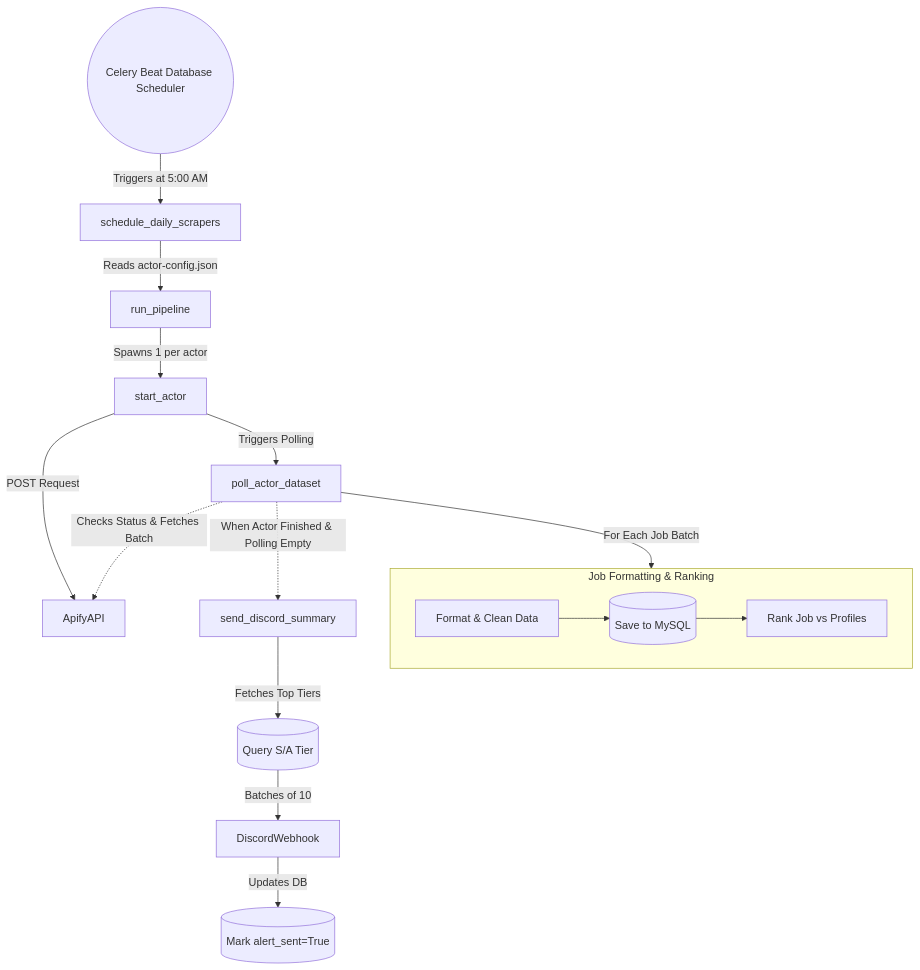
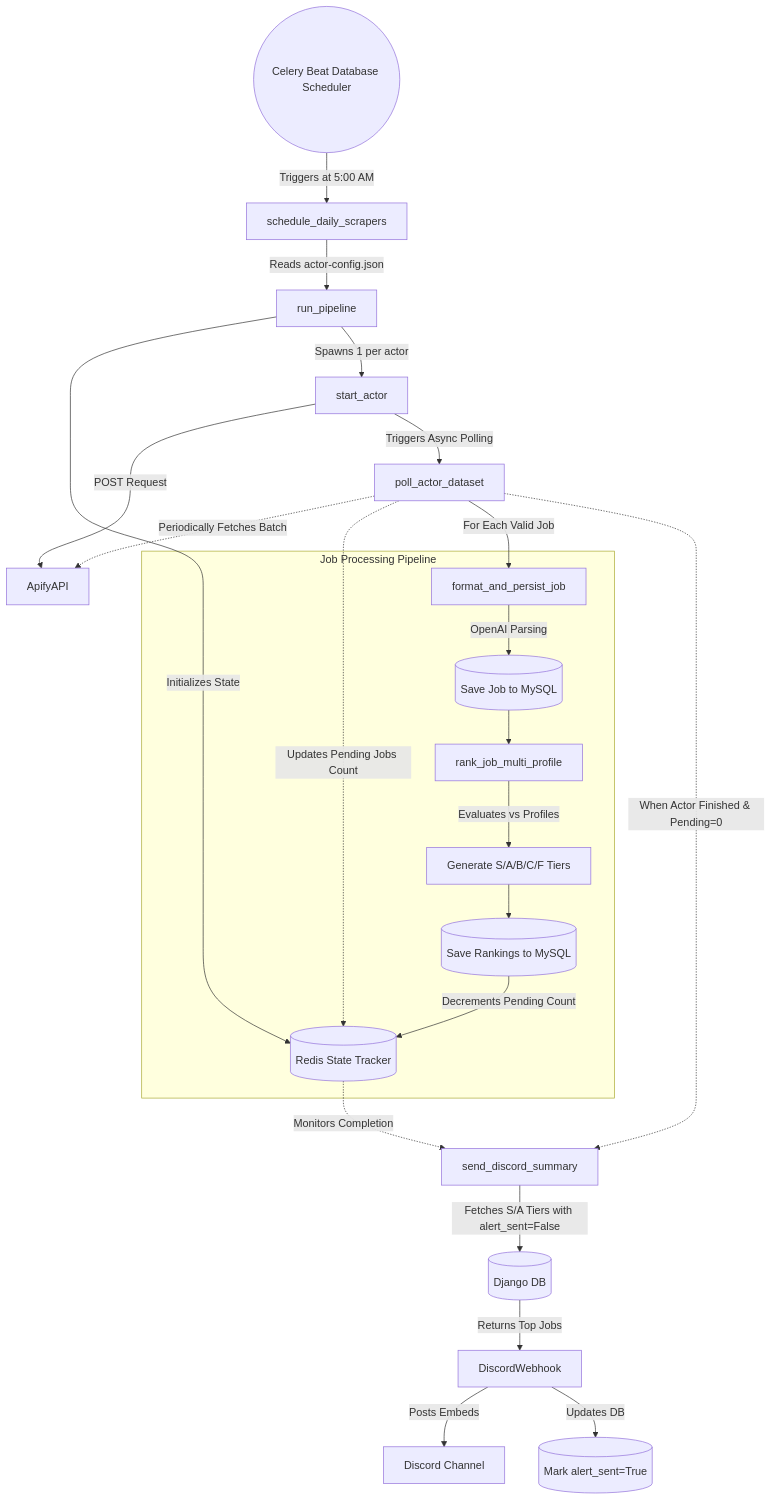
One commit to deep-astaad/job-hunt changed the diagram in README.md. Above: the diagram before and after it, drawn with Mermaid. The commit also changed other lines of this file, not shown here.

Commit message:
docs: update pipeline architecture diagram and flow description to include Redis state tracking and revised job processing steps

````diff
--- a/README.md
+++ b/README.md
@@ -29,26 +29,33 @@
 ```mermaid
 graph TD
     Beat((Celery Beat Database Scheduler)) -->|Triggers at 5:00 AM| schedule_daily_scrapers
     
     schedule_daily_scrapers -->|Reads actor-config.json| run_pipeline
     
+    run_pipeline -->|Initializes State| Redis[(Redis State Tracker)]
     run_pipeline -->|Spawns 1 per actor| start_actor
     
     start_actor -->|POST Request| ApifyAPI
-    start_actor -->|Triggers Polling| poll_actor_dataset
+    start_actor -->|Triggers Async Polling| poll_actor_dataset
     
-    poll_actor_dataset -.->|Checks Status & Fetches Batch| ApifyAPI
+    poll_actor_dataset -.->|Periodically Fetches Batch| ApifyAPI
+    poll_actor_dataset -.->|Updates Pending Jobs Count| Redis
     
-    poll_actor_dataset -->|For Each Job Batch| ProcessingChain
+    poll_actor_dataset -->|For Each Valid Job| FormatChain
     
-    subgraph ProcessingChain [Job Formatting & Ranking]
-        format_job[Format & Clean Data] --> persist_job[(Save to MySQL)]
-        persist_job --> rank_job[Rank Job vs Profiles]
+    subgraph Job Processing Pipeline
+        FormatChain[format_and_persist_job] -->|OpenAI Parsing| Persist[(Save Job to MySQL)]
+        Persist --> RankChain[rank_job_multi_profile]
+        RankChain -->|Evaluates vs Profiles| GenerateTiers[Generate S/A/B/C/F Tiers]
+        GenerateTiers --> SaveRanks[(Save Rankings to MySQL)]
+        SaveRanks -->|Decrements Pending Count| Redis
     end
     
-    poll_actor_dataset -.->|When Actor Finished & Polling Empty| send_discord_summary
+    poll_actor_dataset -.->|When Actor Finished & Pending=0| send_discord_summary
+    Redis -.->|Monitors Completion| send_discord_summary
     
-    send_discord_summary -->|Fetches Top Tiers| FetchRanked[(Query S/A Tier)]
-    FetchRanked -->|Batches of 10| DiscordWebhook
+    send_discord_summary -->|Fetches S/A Tiers with alert_sent=False| MySQL[(Django DB)]
+    MySQL -->|Returns Top Jobs| DiscordWebhook
+    DiscordWebhook -->|Posts Embeds| DiscordChannel[Discord Channel]
     DiscordWebhook -->|Updates DB| MarkAlertSent[(Mark alert_sent=True)]
 ```
````
